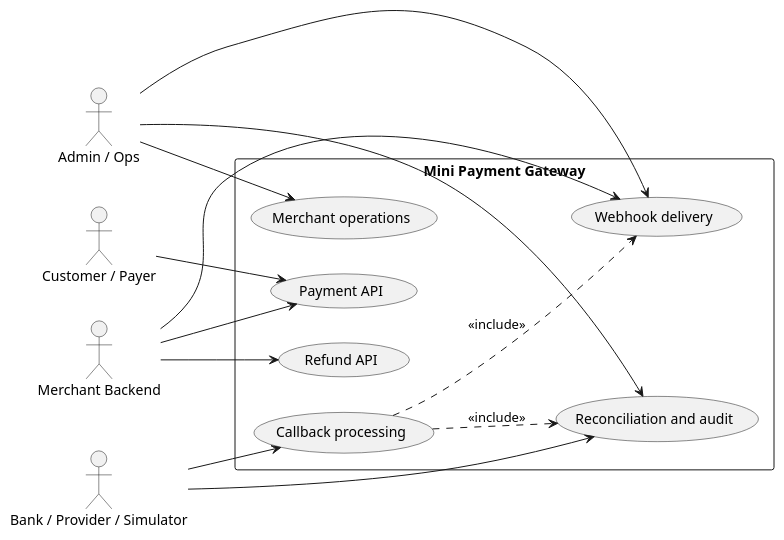
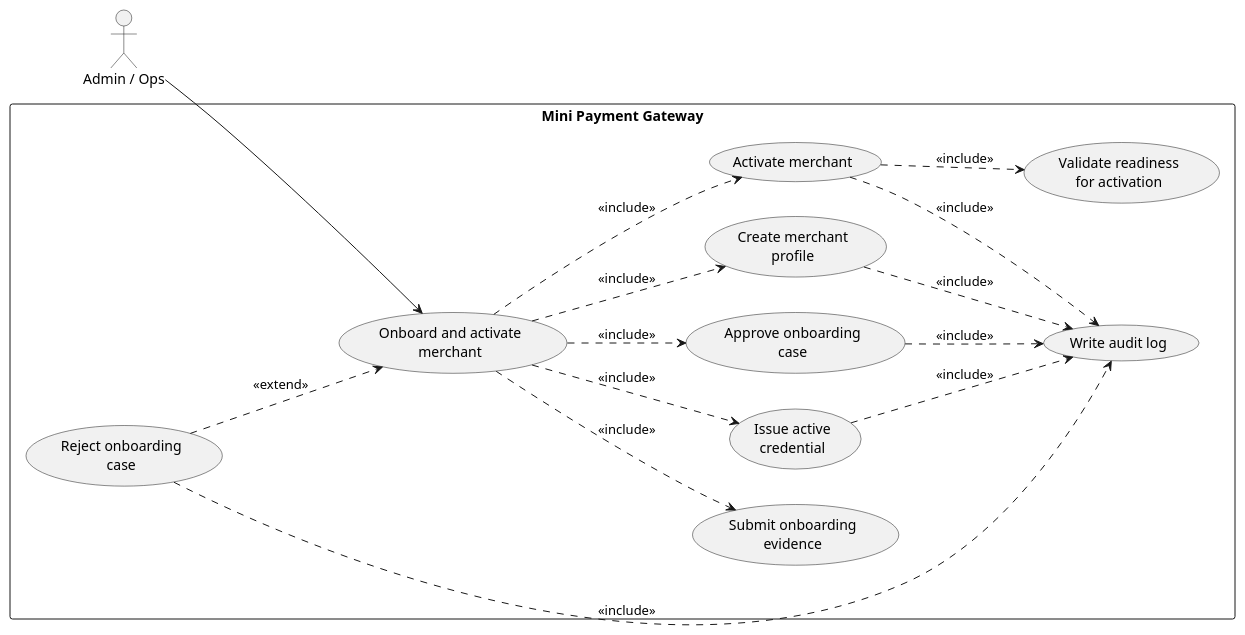
Before and after one commit to biabeogo147/mini-payment-gateway: the first of 5 diagrams in docs/7_usecase_diagram.md, drawn with PlantUML. The commit also changed other lines of this file and 4 other files, not shown here.

Commit message:
update usecase diagram

````diff
--- a/docs/7_usecase_diagram.md
+++ b/docs/7_usecase_diagram.md
@@ -11,35 +40,37 @@
 ```plantuml
-@startuml actor_overview
+@startuml uc001_onboard_and_activate_merchant
 left to right direction
 skinparam packageStyle rectangle
 
 actor "Admin / Ops" as Admin
-actor "Merchant Backend" as Merchant
-actor "Customer / Payer" as Payer
-actor "Bank / Provider / Simulator" as Provider
 
 rectangle "Mini Payment Gateway" {
-  usecase "Merchant operations" as UC_MerchantOps
-  usecase "Payment API" as UC_PaymentApi
-  usecase "Refund API" as UC_RefundApi
-  usecase "Callback processing" as UC_CallbackProcessing
-  usecase "Webhook delivery" as UC_WebhookDelivery
-  usecase "Reconciliation and audit" as UC_ReconciliationAudit
+  usecase "Onboard and activate\nmerchant" as UC001
+  usecase "Create merchant\nprofile" as UC_CreateMerchant
+  usecase "Submit onboarding\nevidence" as UC_SubmitEvidence
+  usecase "Approve onboarding\ncase" as UC_ApproveOnboarding
+  usecase "Reject onboarding\ncase" as UC_RejectOnboarding
+  usecase "Issue active\ncredential" as UC_IssueCredential
+  usecase "Activate merchant" as UC_ActivateMerchant
+  usecase "Validate readiness\nfor activation" as UC_ValidateReadiness
+  usecase "Write audit log" as UC_WriteAudit
 }
 
-Admin --> UC_MerchantOps
-Admin --> UC_WebhookDelivery
-Admin --> UC_ReconciliationAudit
+Admin --> UC001
 
-Merchant --> UC_PaymentApi
-Merchant --> UC_RefundApi
-Merchant --> UC_WebhookDelivery
+UC001 ..> UC_CreateMerchant : <<include>>
+UC001 ..> UC_SubmitEvidence : <<include>>
+UC001 ..> UC_ApproveOnboarding : <<include>>
+UC001 ..> UC_IssueCredential : <<include>>
+UC001 ..> UC_ActivateMerchant : <<include>>
 
-Payer --> UC_PaymentApi
-Provider --> UC_CallbackProcessing
-Provider --> UC_ReconciliationAudit
+UC_ActivateMerchant ..> UC_ValidateReadiness : <<include>>
+UC_RejectOnboarding ..> UC001 : <<extend>>
 
-UC_CallbackProcessing ..> UC_WebhookDelivery : <<include>>
-UC_CallbackProcessing ..> UC_ReconciliationAudit : <<include>>
+UC_CreateMerchant ..> UC_WriteAudit : <<include>>
+UC_ApproveOnboarding ..> UC_WriteAudit : <<include>>
+UC_RejectOnboarding ..> UC_WriteAudit : <<include>>
+UC_IssueCredential ..> UC_WriteAudit : <<include>>
+UC_ActivateMerchant ..> UC_WriteAudit : <<include>>
 @enduml
 ```
````
